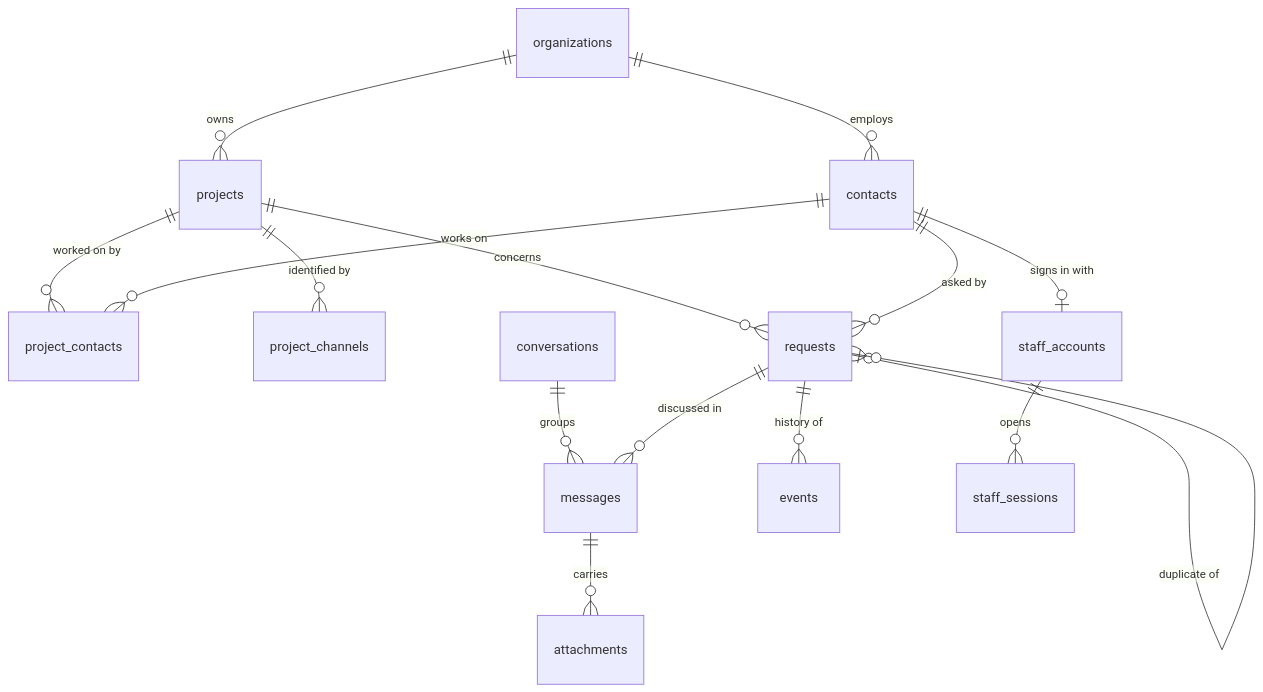
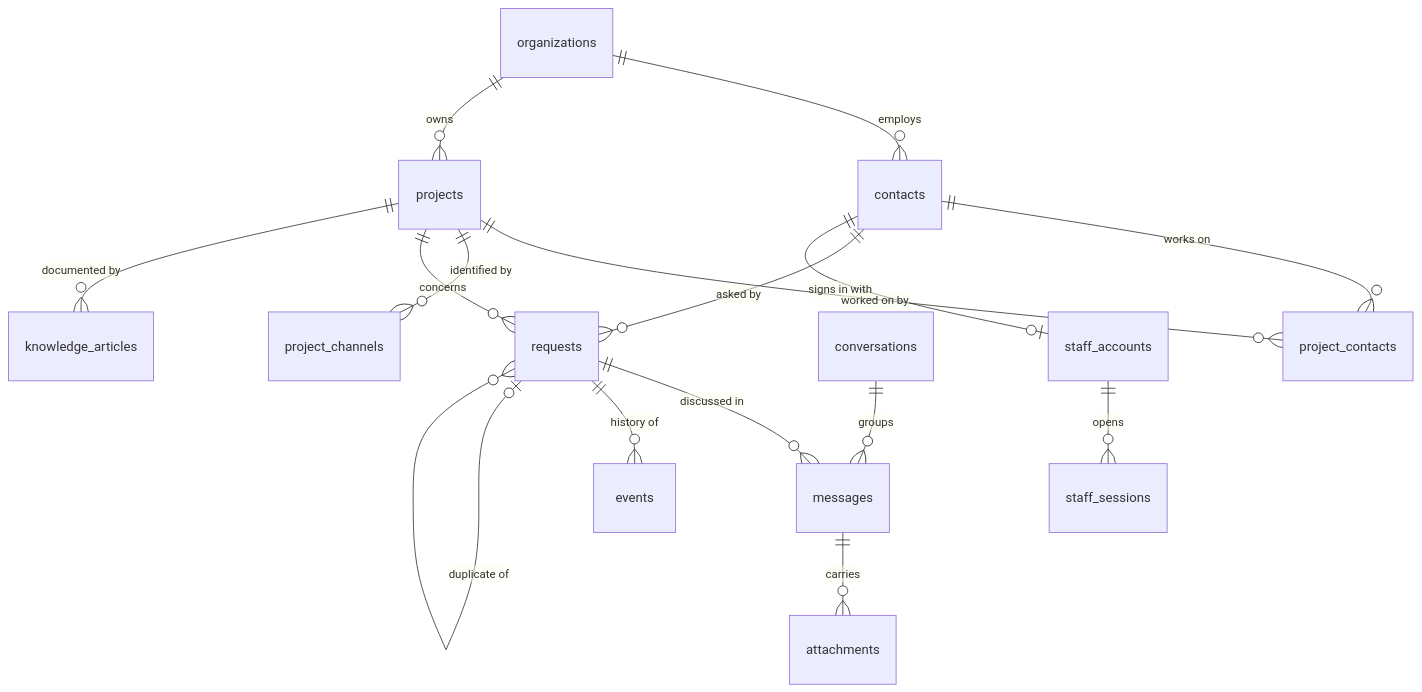
One commit to Alvi16/Request-agent changed the diagram in docs/data-model.md. Above: the diagram before and after it, drawn with Mermaid. The commit also changed other lines of this file, not shown here.

Commit message:
docs: describe the knowledge articles table in the data model

````diff
--- a/docs/data-model.md
+++ b/docs/data-model.md
@@ -7,17 +7,18 @@
 ```mermaid
 erDiagram
     organizations ||--o{ contacts : employs
     organizations ||--o{ projects : owns
     projects ||--o{ project_contacts : "worked on by"
     contacts ||--o{ project_contacts : "works on"
     projects ||--o{ project_channels : "identified by"
     projects ||--o{ requests : concerns
     contacts ||--o{ requests : "asked by"
     conversations ||--o{ messages : groups
     requests ||--o{ messages : "discussed in"
     messages ||--o{ attachments : carries
     requests ||--o{ events : "history of"
     requests |o--o{ requests : "duplicate of"
+    projects ||--o{ knowledge_articles : "documented by"
     contacts ||--o| staff_accounts : "signs in with"
     staff_accounts ||--o{ staff_sessions : opens
 ```
````
